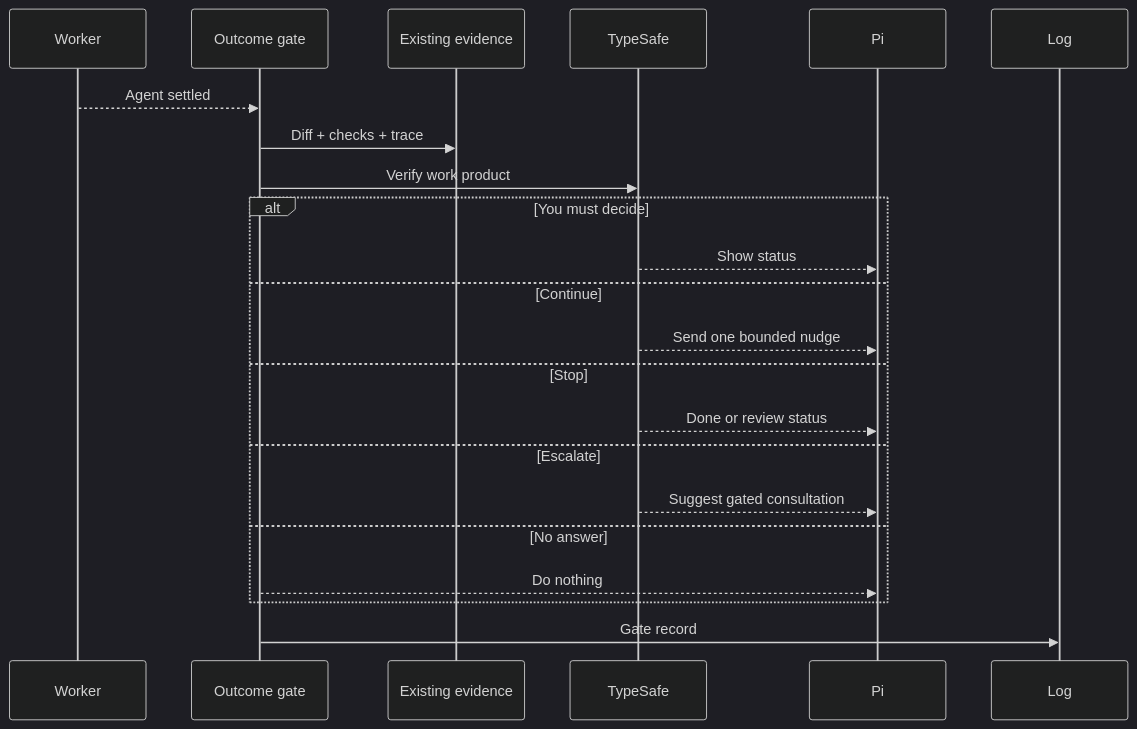
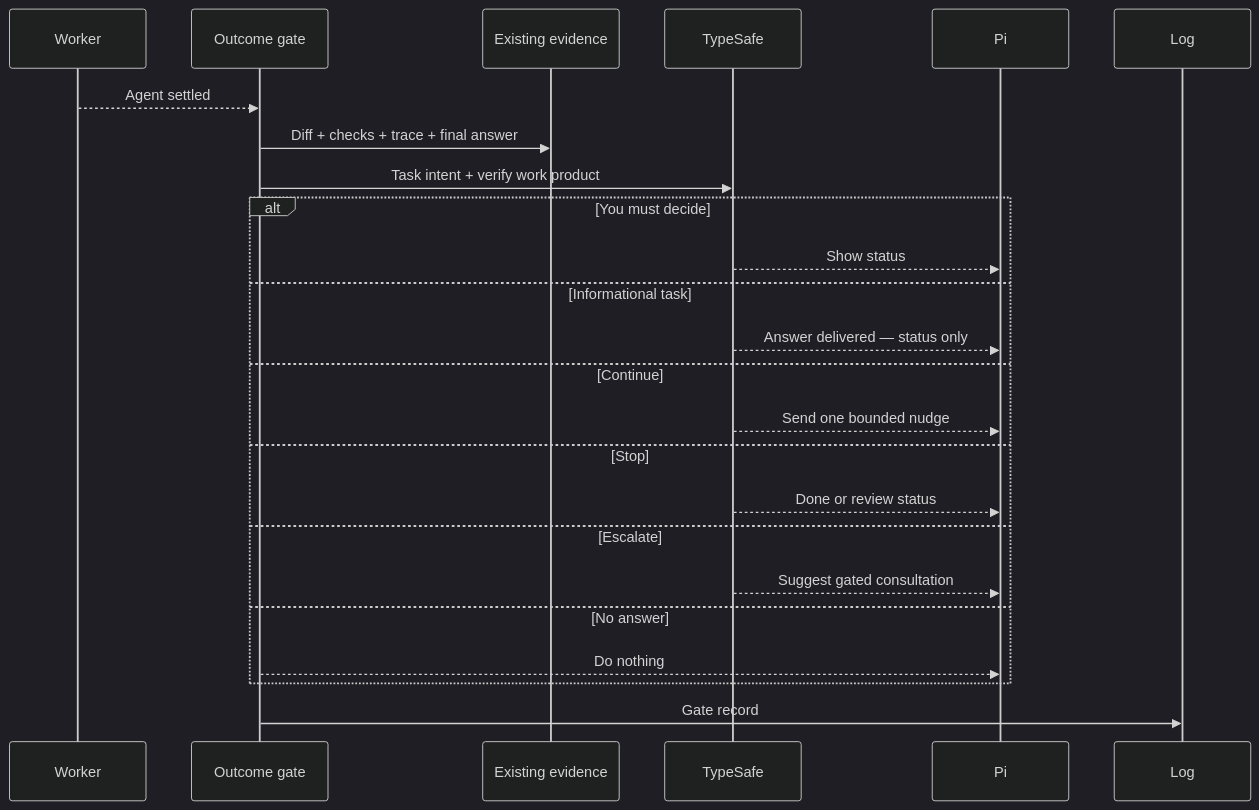
The third of 3 diagrams in docs/runtime-control.md (geocine/geocine-pi), drawn with Mermaid (dark theme) before and after one commit. The commit also changed other lines of this file and 3 other files, not shown here.

````diff
--- a/docs/runtime-control.md
+++ b/docs/runtime-control.md
@@ -85,26 +85,28 @@
 ```mermaid
 sequenceDiagram
     participant W as Worker
     participant G as Outcome gate
     participant E as Existing evidence
     participant J as TypeSafe
     participant P as Pi
     participant L as Log
 
     W-->>G: Agent settled
-    G->>E: Diff + checks + trace
-    G->>J: Verify work product
+    G->>E: Diff + checks + trace + final answer
+    G->>J: Task intent + verify work product
 
     alt You must decide
         J-->>P: Show status
+    else Informational task
+        J-->>P: Answer delivered — status only
     else Continue
         J-->>P: Send one bounded nudge
     else Stop
         J-->>P: Done or review status
     else Escalate
         J-->>P: Suggest gated consultation
     else No answer
         G-->>P: Do nothing
     end
     G->>L: Gate record
 ```
````
